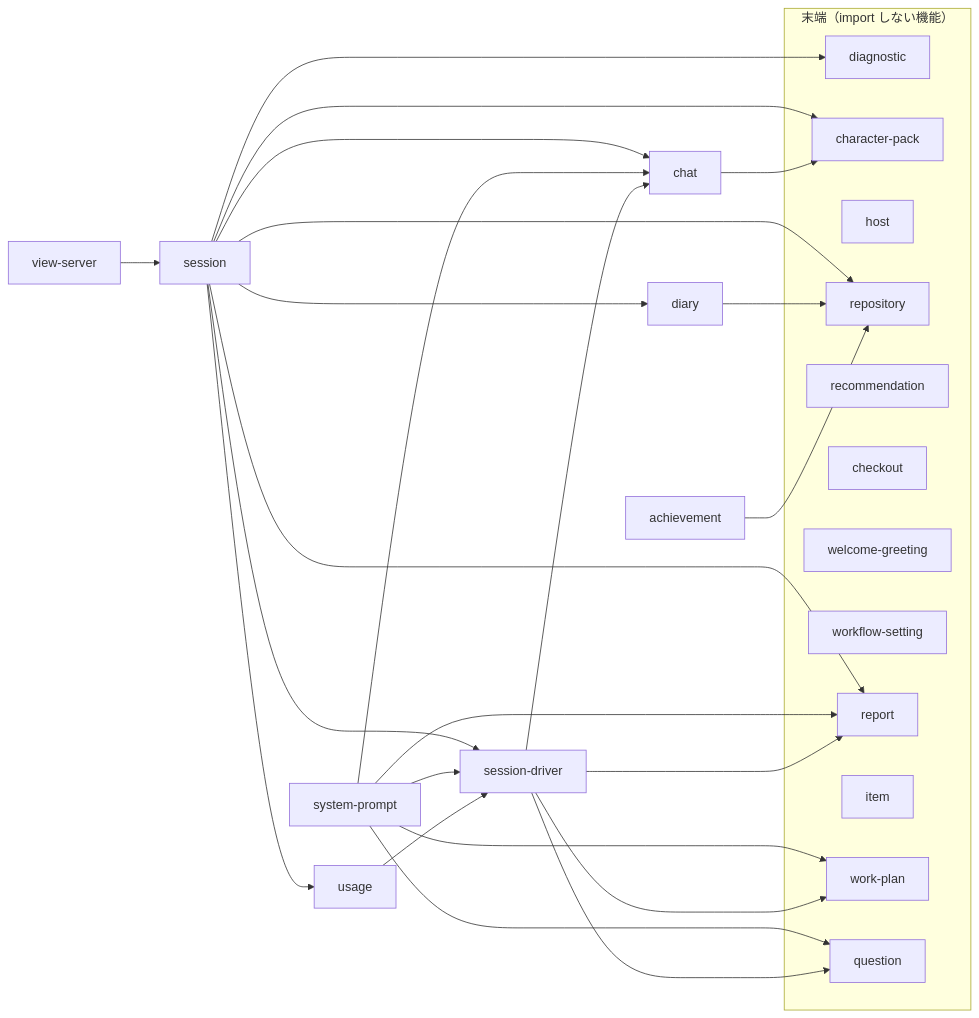
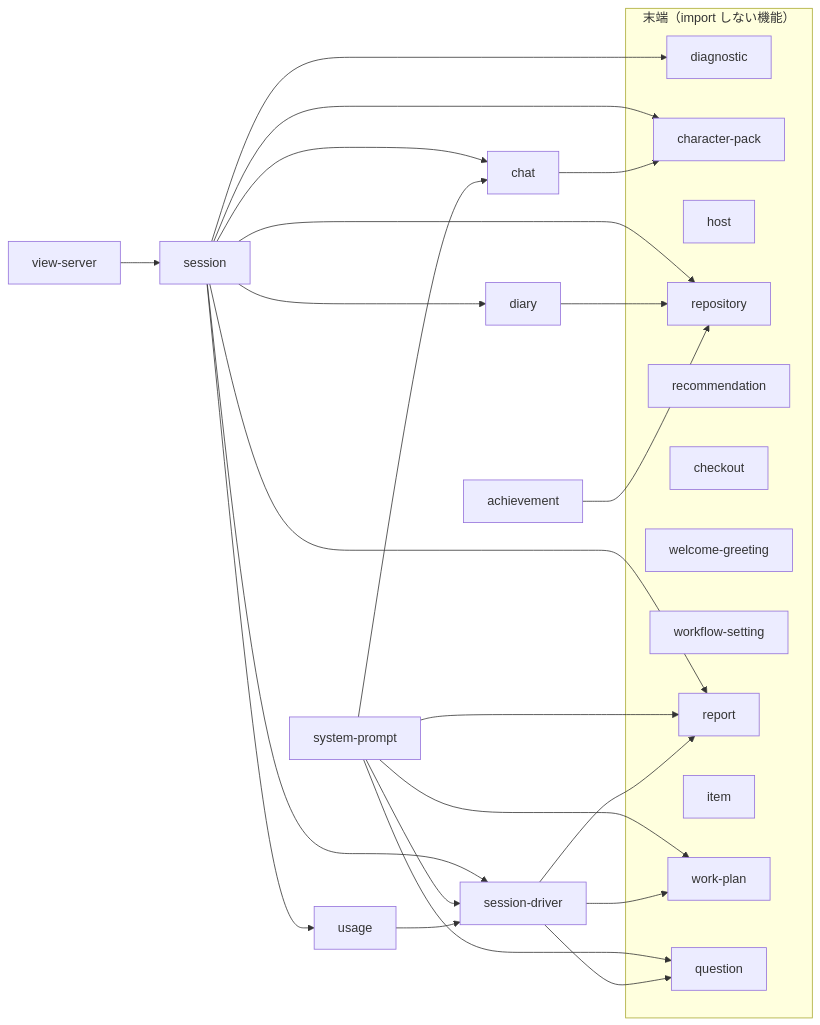
Before and after one commit to sinnlosses/tsukumo: the fourth of 4 diagrams in docs/guide/overview.md, drawn with Mermaid. The commit also changed 27 other files, not shown here.

Commit message:
GH-2188: session-driver の契約が chat から読む記憶の口の型を server/core/ へ移し、session-driver → chat のエッジをなくした

````diff
--- a/docs/guide/overview.md
+++ b/docs/guide/overview.md
@@ -116,47 +116,46 @@
 ```mermaid
 flowchart LR
   session["session"]
   system_prompt["system-prompt"]
   view_server["view-server"]
   chat["chat"]
   usage["usage"]
   session_driver["session-driver"]
   diary["diary"]
   achievement["achievement"]
   subgraph leaves["末端（import しない機能）"]
     diagnostic["diagnostic"]
     character_pack["character-pack"]
     host["host"]
     repository["repository"]
     recommendation["recommendation"]
     checkout["checkout"]
     welcome_greeting["welcome-greeting"]
     workflow_setting["workflow-setting"]
     report["report"]
     item["item"]
     work_plan["work-plan"]
     question["question"]
   end
   session --> session_driver
   session --> chat
   session --> diary
   session --> usage
   session --> diagnostic
   session --> character_pack
   session --> report
   session --> repository
   system_prompt --> session_driver
   system_prompt --> chat
   system_prompt --> report
   system_prompt --> work_plan
   system_prompt --> question
   view_server --> session
   chat --> character_pack
   usage --> session_driver
   session_driver --> report
-  session_driver --> chat
   session_driver --> work_plan
   session_driver --> question
   diary --> repository
   achievement --> repository
 ```
````
